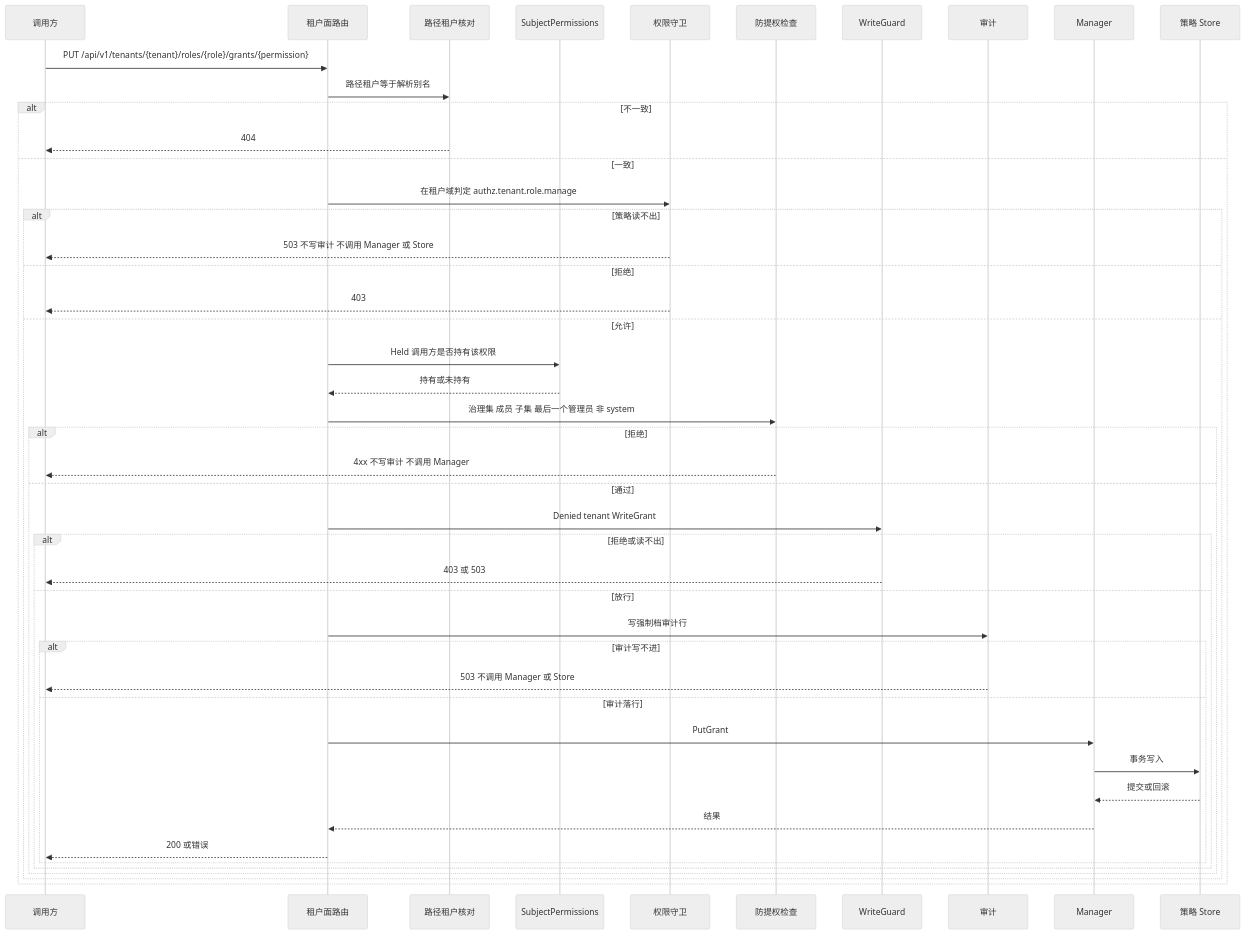
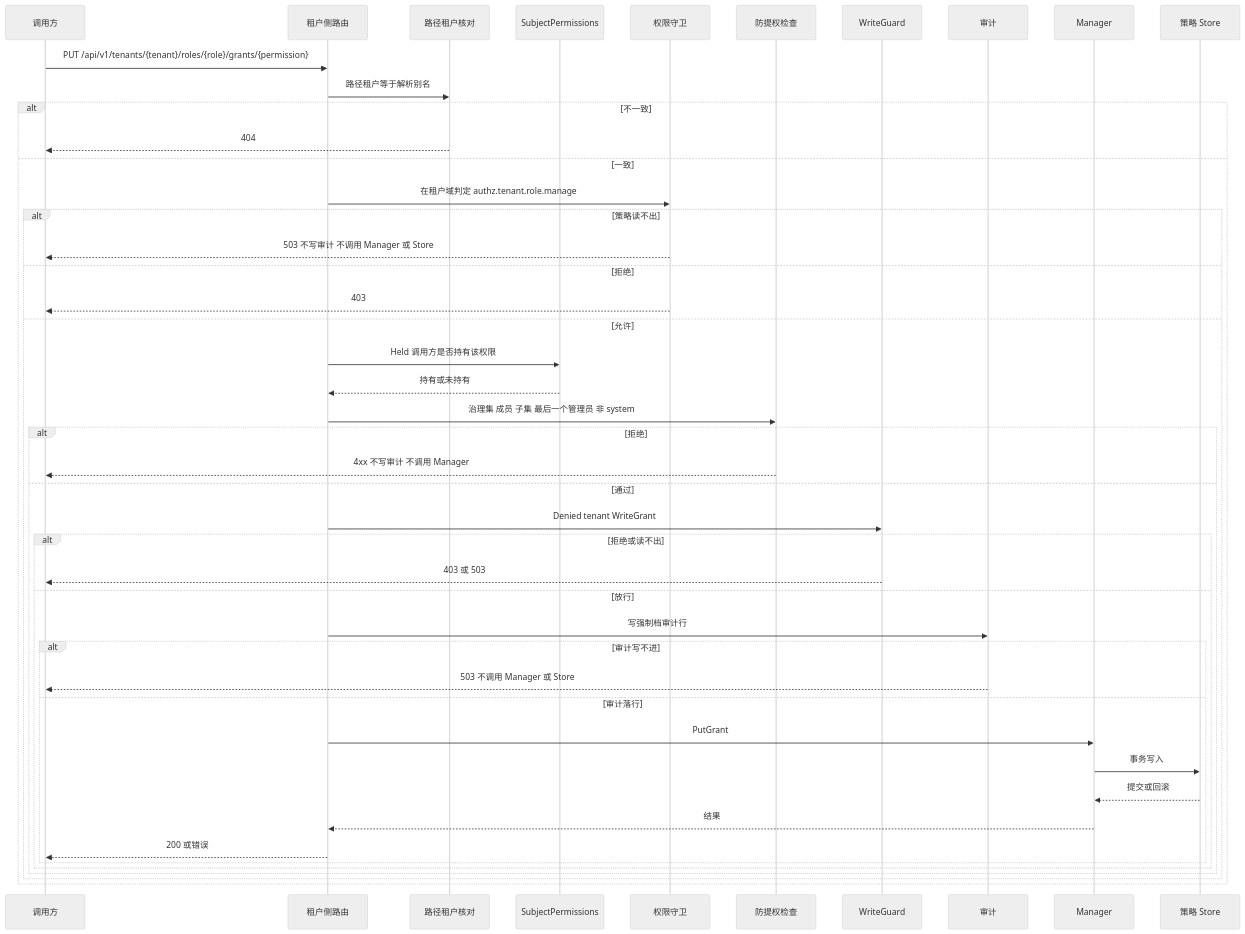
The second of 2 diagrams in docs/adr/adr-authz-tenant-management.md (wangzw/speed), drawn with Mermaid (neutral theme) before and after one commit. The commit also changed other lines of this file and 328 other files, not shown here.

````diff
--- a/docs/adr/adr-authz-tenant-management.md
+++ b/docs/adr/adr-authz-tenant-management.md
@@ -91,48 +91,48 @@
 ```mermaid
 sequenceDiagram
     participant C as 调用方
-    participant R as 租户面路由
+    participant R as 租户侧路由
     participant T as 路径租户核对
     participant P as SubjectPermissions
     participant G as 权限守卫
     participant E as 防提权检查
     participant W as WriteGuard
     participant A as 审计
     participant M as Manager
     participant S as 策略 Store
     C->>R: PUT /api/v1/tenants/{tenant}/roles/{role}/grants/{permission}
     R->>T: 路径租户等于解析别名
     alt 不一致
         T-->>C: 404
     else 一致
         R->>G: 在租户域判定 authz.tenant.role.manage
         alt 策略读不出
             G-->>C: 503 不写审计 不调用 Manager 或 Store
         else 拒绝
             G-->>C: 403
         else 允许
             R->>P: Held 调用方是否持有该权限
             P-->>R: 持有或未持有
             R->>E: 治理集 成员 子集 最后一个管理员 非 system
             alt 拒绝
                 E-->>C: 4xx 不写审计 不调用 Manager
             else 通过
                 R->>W: Denied tenant WriteGrant
                 alt 拒绝或读不出
                     W-->>C: 403 或 503
                 else 放行
                     R->>A: 写强制档审计行
                     alt 审计写不进
                         A-->>C: 503 不调用 Manager 或 Store
                     else 审计落行
                         R->>M: PutGrant
                         M->>S: 事务写入
                         S-->>M: 提交或回滚
                         M-->>R: 结果
                         R-->>C: 200 或错误
                     end
                 end
             end
         end
     end
 ```
````
